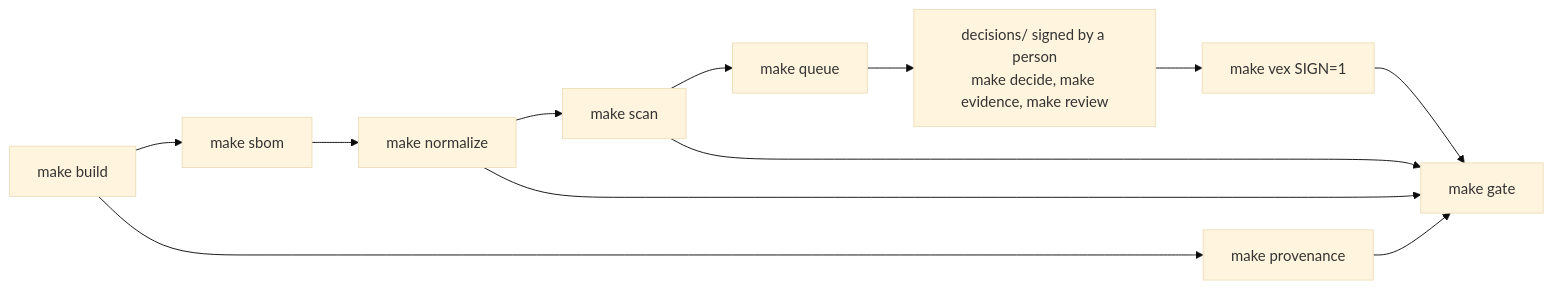
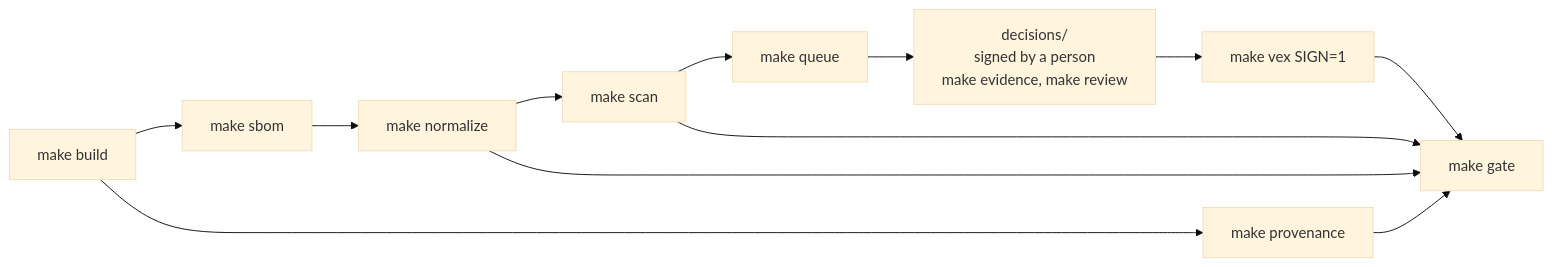
One commit to waleedaman/cra-evidence-demo changed the diagram in README.md. Above: the diagram before and after it, drawn with Mermaid (base theme). The commit also changed other lines of this file and 4 other files, not shown here.

````diff
--- a/README.md
+++ b/README.md
@@ -49,10 +46,10 @@
 ```mermaid
 flowchart LR
   B[make build] --> S[make sbom] --> N[make normalize] --> SC[make scan] --> Q[make queue]
   B --> P[make provenance]
-  Q --> D[decisions/ signed by a person<br/>make decide, make evidence, make review]
+  Q --> D[decisions/<br/>signed by a person<br/>make evidence, make review]
   D --> V[make vex SIGN=1] --> G[make gate]
   N --> G
   P --> G
   SC --> G
 ```
````
